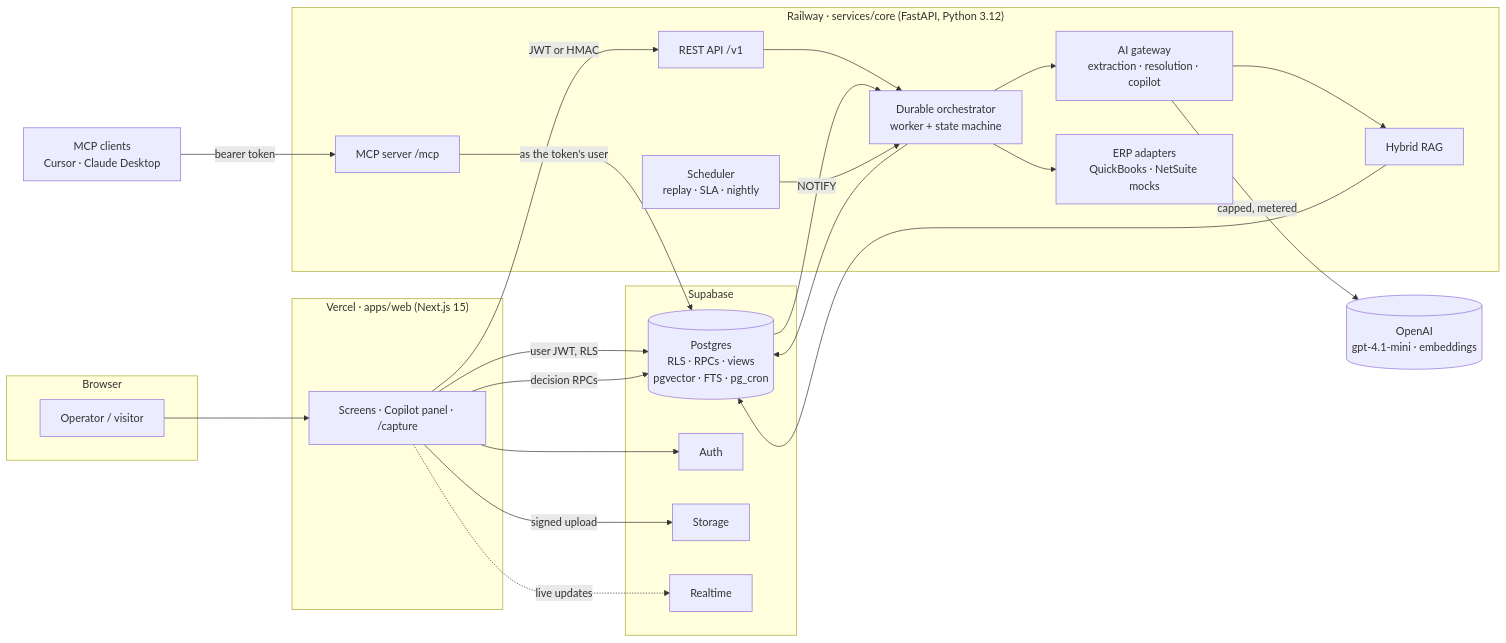
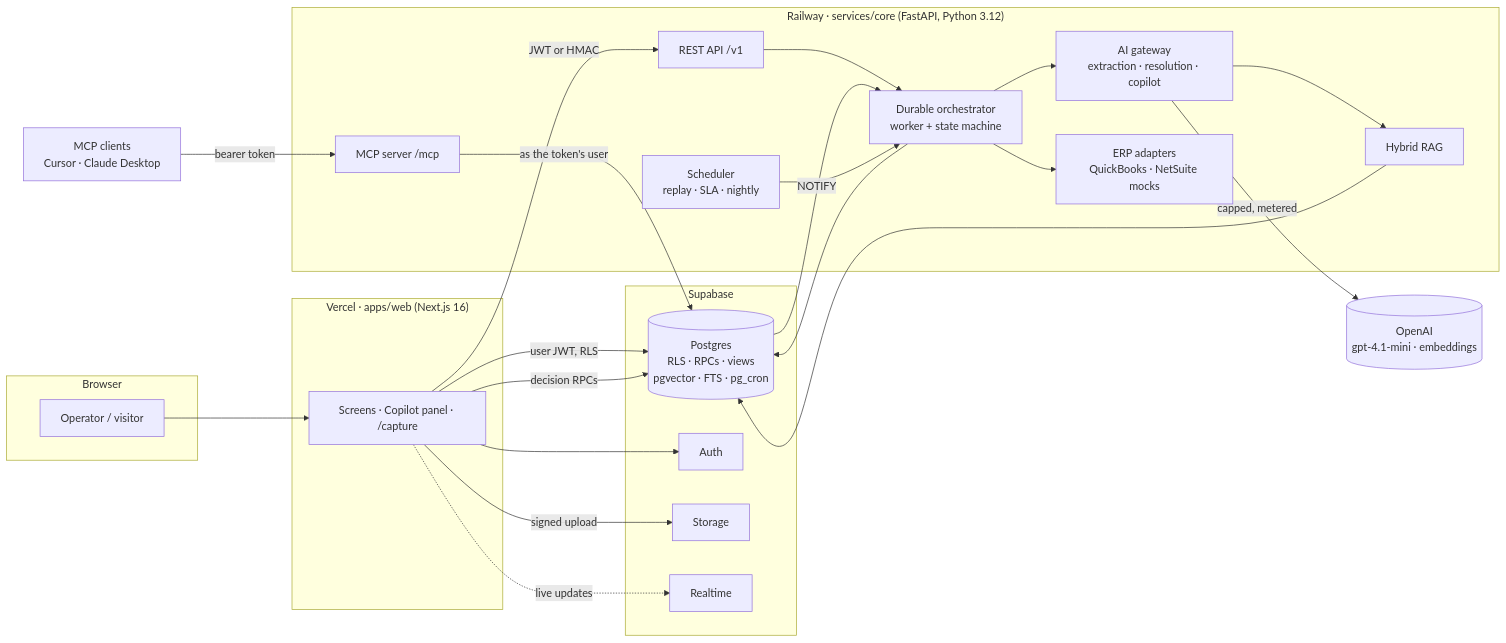
The first of 2 diagrams in README.md (alihdrndm/ledgic), drawn with Mermaid before and after one commit. The commit also changed other lines of this file and 21 other files, not shown here.

````diff
--- a/README.md
+++ b/README.md
@@ -129,45 +129,45 @@
 ```mermaid
 flowchart LR
   subgraph Browser
     U[Operator / visitor]
   end
-  subgraph Vercel["Vercel · apps/web (Next.js 15)"]
+  subgraph Vercel["Vercel · apps/web (Next.js 16)"]
     W[Screens · Copilot panel · /capture]
   end
   subgraph Railway["Railway · services/core (FastAPI, Python 3.12)"]
     API[REST API /v1]
     ORCH[Durable orchestrator<br/>worker + state machine]
     AI[AI gateway<br/>extraction · resolution · copilot]
     RAG[Hybrid RAG]
     MCP[MCP server /mcp]
     SCH[Scheduler<br/>replay · SLA · nightly]
     ERP[ERP adapters<br/>QuickBooks · NetSuite mocks]
   end
   subgraph Supabase
     PG[(Postgres<br/>RLS · RPCs · views<br/>pgvector · FTS · pg_cron)]
     AUTH[Auth]
     ST[Storage]
     RT[Realtime]
   end
   OAI[(OpenAI<br/>gpt-4.1-mini · embeddings)]
   MC[MCP clients<br/>Cursor · Claude Desktop]
 
   U --> W
   W -- user JWT, RLS --> PG
   W -- decision RPCs --> PG
   W -- JWT or HMAC --> API
   W -. live updates .-> RT
   W --> AUTH
   W -- signed upload --> ST
   API --> ORCH
   PG -- NOTIFY --> ORCH
   ORCH --> AI
   AI --> RAG
   RAG --> PG
   ORCH --> ERP
   ORCH --> PG
   SCH --> ORCH
   AI -- capped, metered --> OAI
   MC -- bearer token --> MCP
   MCP -- as the token's user --> PG
 ```
````
